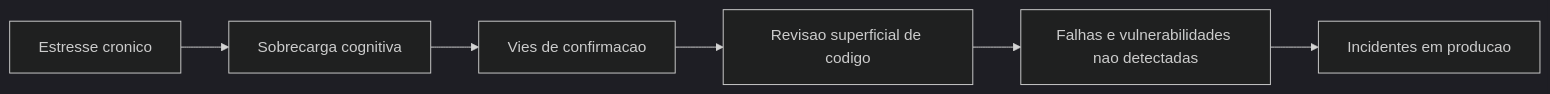
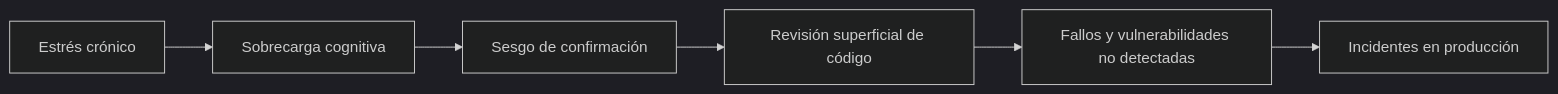
Before and after one commit to web-engenharia/web-engenharia.github.io: the second of 5 diagrams in es/artigos/markdown/metrica-invisivel-saude-bem-estar-desenvolvedor-qualidade-codigo.md, drawn with Mermaid (dark theme). The commit also changed other lines of this file and 165 other files, not shown here.

````diff
--- a/es/artigos/markdown/metrica-invisivel-saude-bem-estar-desenvolvedor-qualidade-codigo.md
+++ b/es/artigos/markdown/metrica-invisivel-saude-bem-estar-desenvolvedor-qualidade-codigo.md
@@ -53,8 +53,8 @@
 ```mermaid
 flowchart LR
-  estresse["Estresse cronico"] --> sobrecarga["Sobrecarga cognitiva"]
-  sobrecarga --> vies["Vies de confirmacao"]
-  vies --> revisao["Revisao superficial de codigo"]
-  revisao --> falhas["Falhas e vulnerabilidades nao detectadas"]
-  falhas --> producao["Incidentes em producao"]
+  estresse["Estrés crónico"] --> sobrecarga["Sobrecarga cognitiva"]
+  sobrecarga --> vies["Sesgo de confirmación"]
+  vies --> revisao["Revisión superficial de código"]
+  revisao --> falhas["Fallos y vulnerabilidades no detectadas"]
+  falhas --> producao["Incidentes en producción"]
 ```
````
